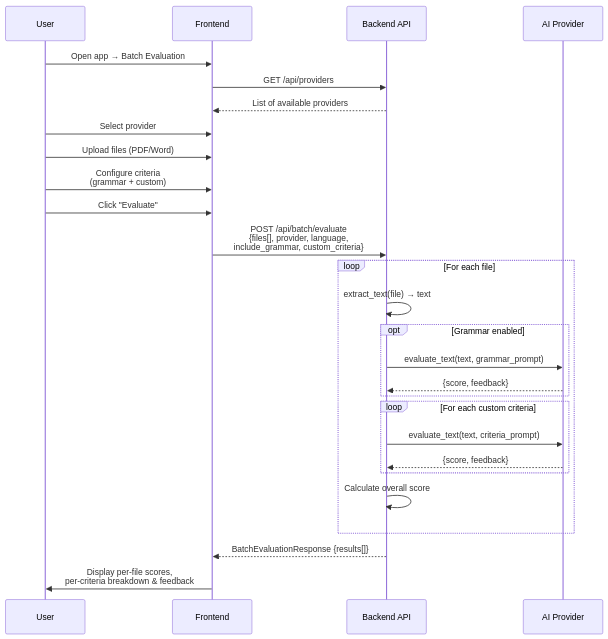
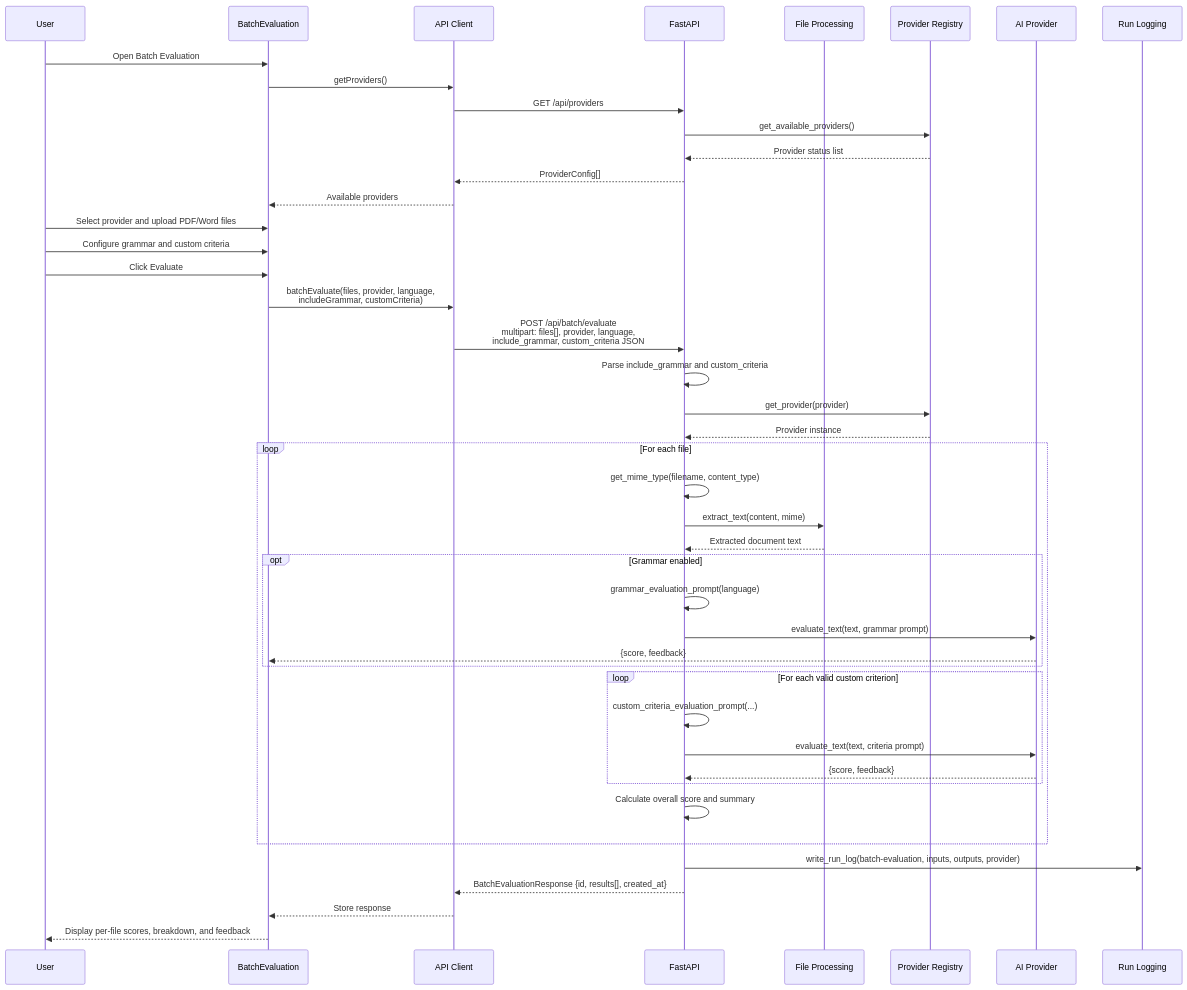
One commit to franciscosuca/exan changed the third of 6 diagrams in docs/ARCHITECTURE.md. Above: the diagram before and after it, drawn with Mermaid. The commit also changed other lines of this file, not shown here.

Commit message:
docs: remove outdated user workflow diagrams and enhance swimlane diagrams for clarity

````diff
--- a/docs/ARCHITECTURE.md
+++ b/docs/ARCHITECTURE.md
@@ -155,37 +125,54 @@
 ```mermaid
 sequenceDiagram
     participant U as User
-    participant FE as Frontend
-    participant BE as Backend API
+    participant BE as BatchEvaluation
+    participant API as API Client
+    participant SVC as FastAPI
+    participant FP as File Processing
+    participant PR as Provider Registry
     participant AI as AI Provider
+    participant LOG as Run Logging
 
-    U->>FE: Open app → Batch Evaluation
-    FE->>BE: GET /api/providers
-    BE-->>FE: List of available providers
+    U->>BE: Open Batch Evaluation
+    BE->>API: getProviders()
+    API->>SVC: GET /api/providers
+    SVC->>PR: get_available_providers()
+    PR-->>SVC: Provider status list
+    SVC-->>API: ProviderConfig[]
+    API-->>BE: Available providers
 
-    U->>FE: Select provider
-    U->>FE: Upload files (PDF/Word)
-    U->>FE: Configure criteria<br/>(grammar + custom)
-    U->>FE: Click "Evaluate"
+    U->>BE: Select provider and upload PDF/Word files
+    U->>BE: Configure grammar and custom criteria
+    U->>BE: Click Evaluate
 
-    FE->>BE: POST /api/batch/evaluate<br/>{files[], provider, language,<br/>include_grammar, custom_criteria}
+    BE->>API: batchEvaluate(files, provider, language,<br/>includeGrammar, customCriteria)
+    API->>SVC: POST /api/batch/evaluate<br/>multipart: files[], provider, language,<br/>include_grammar, custom_criteria JSON
+    SVC->>SVC: Parse include_grammar and custom_criteria
+    SVC->>PR: get_provider(provider)
+    PR-->>SVC: Provider instance
 
     loop For each file
-        BE->>BE: extract_text(file) → text
+        SVC->>SVC: get_mime_type(filename, content_type)
+        SVC->>FP: extract_text(content, mime)
+        FP-->>SVC: Extracted document text
 
         opt Grammar enabled
-            BE->>AI: evaluate_text(text, grammar_prompt)
+            SVC->>SVC: grammar_evaluation_prompt(language)
+            SVC->>AI: evaluate_text(text, grammar prompt)
             AI-->>BE: {score, feedback}
         end
 
-        loop For each custom criteria
-            BE->>AI: evaluate_text(text, criteria_prompt)
-            AI-->>BE: {score, feedback}
+        loop For each valid custom criterion
+            SVC->>SVC: custom_criteria_evaluation_prompt(...)
+            SVC->>AI: evaluate_text(text, criteria prompt)
+            AI-->>SVC: {score, feedback}
         end
 
-        BE->>BE: Calculate overall score
+        SVC->>SVC: Calculate overall score and summary
     end
 
-    BE-->>FE: BatchEvaluationResponse {results[]}
-    FE->>U: Display per-file scores,<br/>per-criteria breakdown & feedback
+    SVC->>LOG: write_run_log(batch-evaluation, inputs, outputs, provider)
+    SVC-->>API: BatchEvaluationResponse {id, results[], created_at}
+    API-->>BE: Store response
+    BE-->>U: Display per-file scores, breakdown, and feedback
 ```
````
